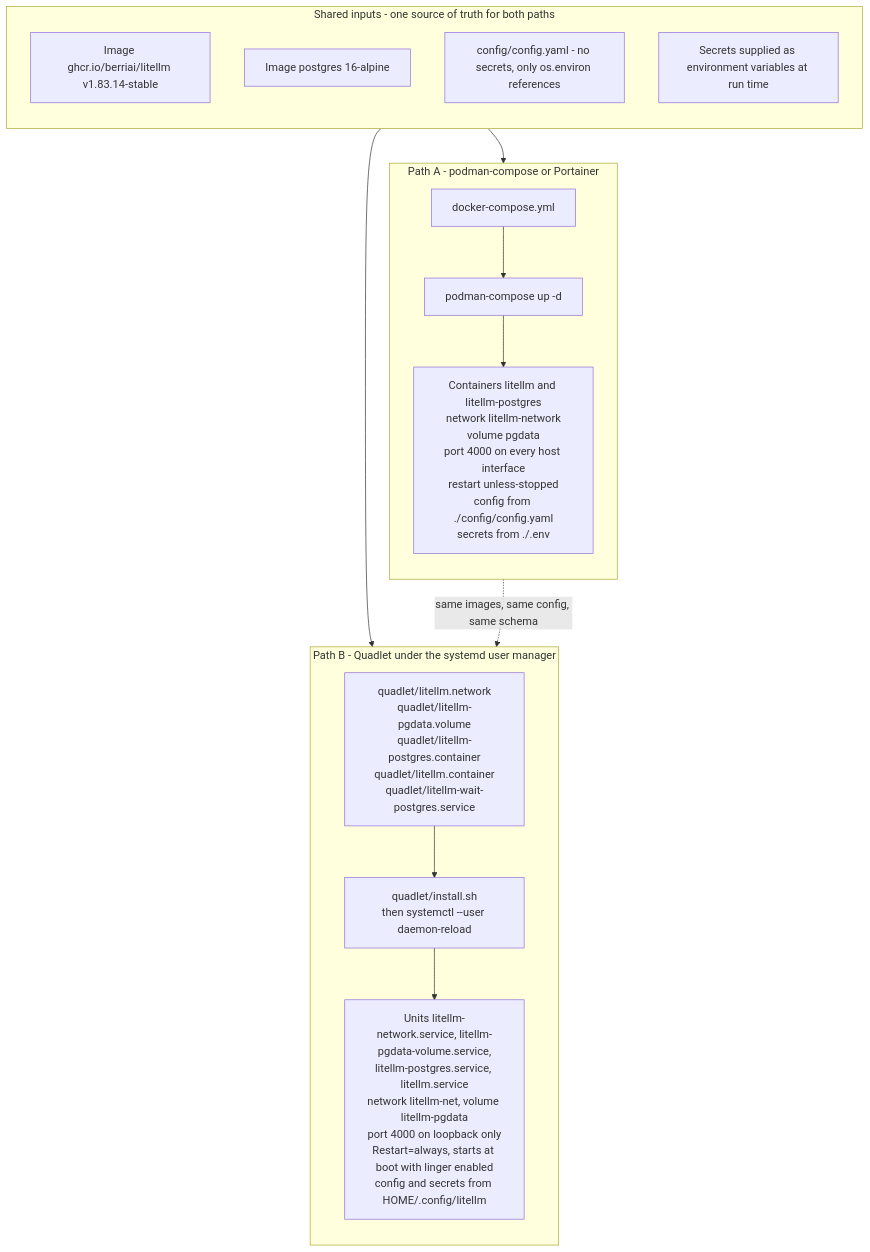
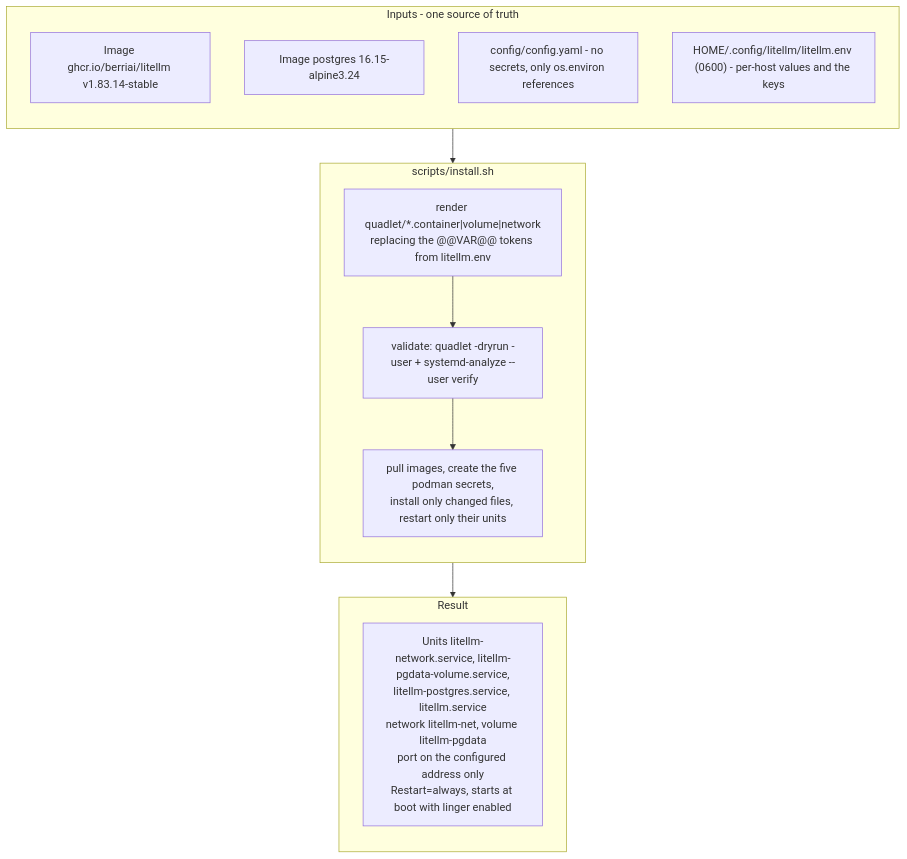
The fourth of 4 diagrams in docs/architecture.md (WOOWTECH/Woow_podman_litellm), drawn with Mermaid before and after one commit. The commit also changed other lines of this file and 2 other files, not shown here.

First line of the commit message:
docs: update SKILL, architecture and the k3s comparison

````diff
--- a/docs/architecture.md
+++ b/docs/architecture.md
@@ -269,33 +263,24 @@
 ```mermaid
 flowchart TB
-    subgraph shared["Shared inputs - one source of truth for both paths"]
+    subgraph inputs["Inputs - one source of truth"]
         direction TB
         i1["Image ghcr.io/berriai/litellm v1.83.14-stable"]
-        i2["Image postgres 16-alpine"]
+        i2["Image postgres 16.15-alpine3.24"]
         i3["config/config.yaml - no secrets, only os.environ references"]
-        i4["Secrets supplied as environment variables at run time"]
+        i4["HOME/.config/litellm/litellm.env (0600) - per-host values and the keys"]
     end
 
-    subgraph pa["Path A - podman-compose or Portainer"]
+    subgraph install["scripts/install.sh"]
         direction TB
-        a1["docker-compose.yml"]
-        a2["podman-compose up -d"]
-        a3["Containers litellm and litellm-postgres<br/>network litellm-network<br/>volume pgdata<br/>port 4000 on every host interface<br/>restart unless-stopped<br/>config from ./config/config.yaml<br/>secrets from ./.env"]
+        s1["render quadlet/*.container|volume|network<br/>replacing the @@VAR@@ tokens from litellm.env"]
+        s2["validate: quadlet -dryrun -user + systemd-analyze --user verify"]
+        s3["pull images, create the five podman secrets,<br/>install only changed files, restart only their units"]
     end
 
-    subgraph pb["Path B - Quadlet under the systemd user manager"]
+    subgraph running["Result"]
         direction TB
-        b1["quadlet/litellm.network<br/>quadlet/litellm-pgdata.volume<br/>quadlet/litellm-postgres.container<br/>quadlet/litellm.container<br/>quadlet/litellm-wait-postgres.service"]
-        b2["quadlet/install.sh<br/>then systemctl --user daemon-reload"]
-        b3["Units litellm-network.service, litellm-pgdata-volume.service,<br/>litellm-postgres.service, litellm.service<br/>network litellm-net, volume litellm-pgdata<br/>port 4000 on loopback only<br/>Restart=always, starts at boot with linger enabled<br/>config and secrets from HOME/.config/litellm"]
+        r1["Units litellm-network.service, litellm-pgdata-volume.service,<br/>litellm-postgres.service, litellm.service<br/>network litellm-net, volume litellm-pgdata<br/>port on the configured address only<br/>Restart=always, starts at boot with linger enabled"]
     end
 
-    shared --> a1
-    shared --> b1
-    a1 --> a2
-    a2 --> a3
-    b1 --> b2
-    b2 --> b3
-
-    a3 -.->|"same images, same config, same schema"| b3
+    inputs --> s1 --> s2 --> s3 --> r1
 ```
````
